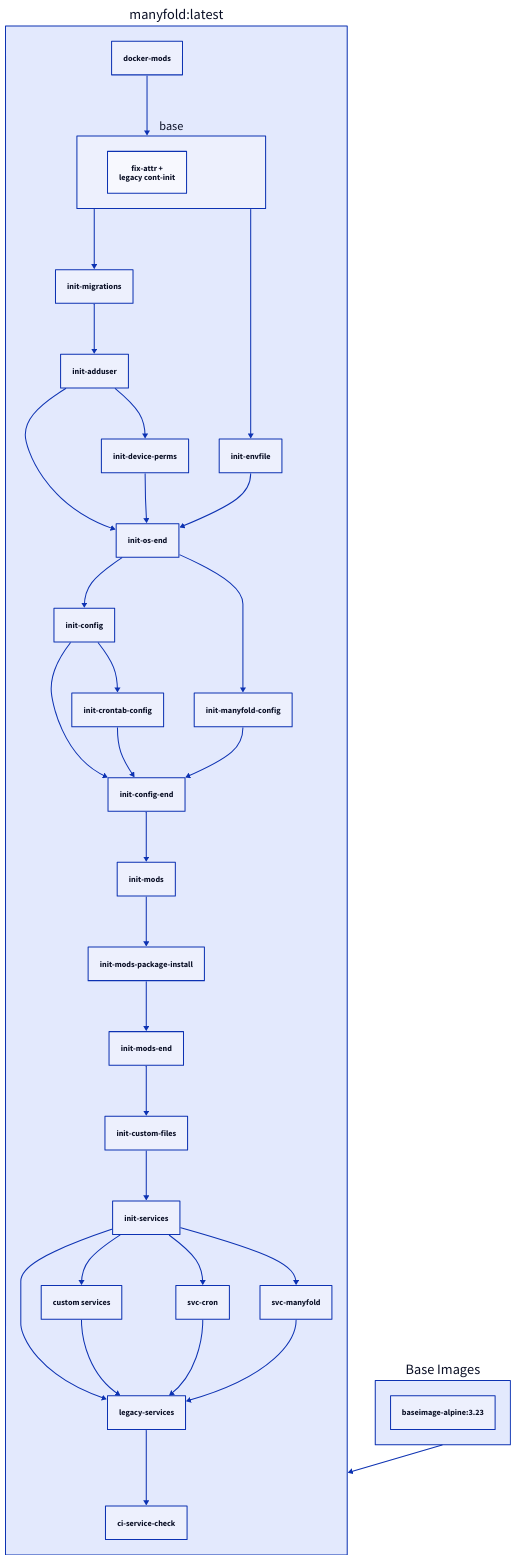
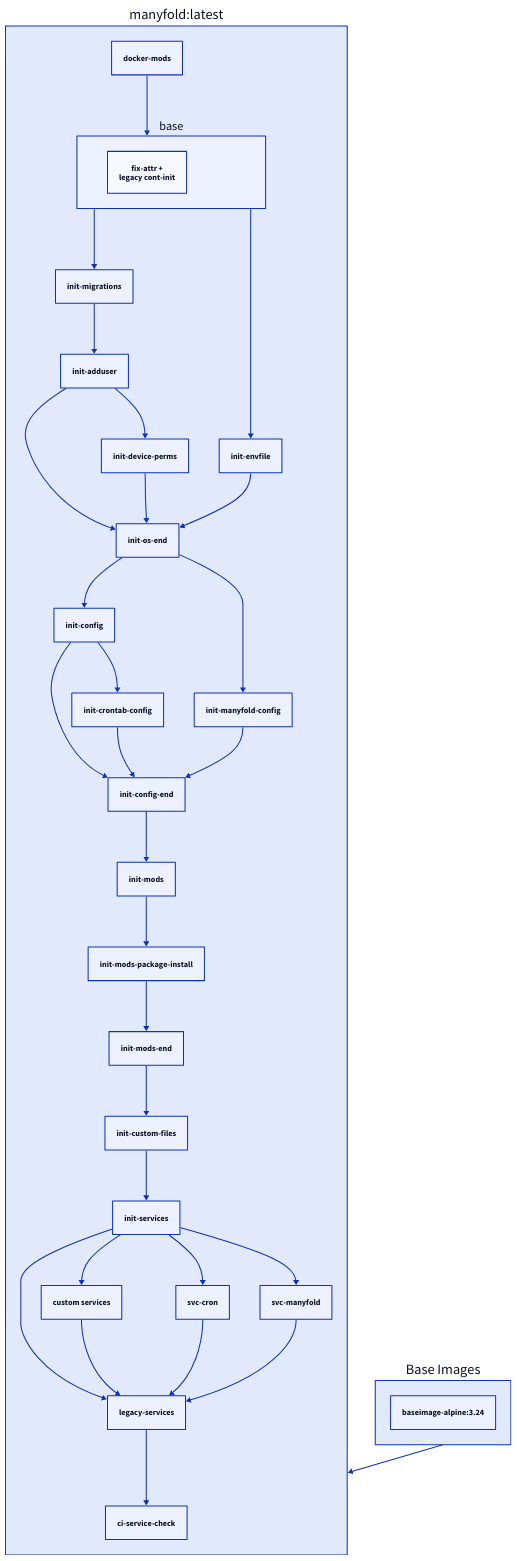
One commit to linuxserver/docker-documentation changed the diagram in docs/images/docker-manyfold.md. Above: the diagram before and after it, drawn with D2. The commit also changed other lines of this file, not shown here.

Commit message:
Bot Updating Documentation

````diff
--- a/docs/images/docker-manyfold.md
+++ b/docs/images/docker-manyfold.md
@@ -291,41 +291,41 @@
     ```d2
     "manyfold:latest": {
       docker-mods
       base {
         fix-attr +\nlegacy cont-init
       }
       docker-mods -> base
       legacy-services
       custom services
       init-services -> legacy-services
       init-services -> custom services
       custom services -> legacy-services
       legacy-services -> ci-service-check
       init-migrations -> init-adduser
       init-os-end -> init-config
       init-config -> init-config-end
       init-crontab-config -> init-config-end
       init-manyfold-config -> init-config-end
       init-config -> init-crontab-config
       init-mods-end -> init-custom-files
       init-adduser -> init-device-perms
       base -> init-envfile
       init-os-end -> init-manyfold-config
       base -> init-migrations
       init-config-end -> init-mods
       init-mods-package-install -> init-mods-end
       init-mods -> init-mods-package-install
       init-adduser -> init-os-end
       init-device-perms -> init-os-end
       init-envfile -> init-os-end
       init-custom-files -> init-services
       init-services -> svc-cron
       svc-cron -> legacy-services
       init-services -> svc-manyfold
       svc-manyfold -> legacy-services
     }
     Base Images: {
-      "baseimage-alpine:3.23"
+      "baseimage-alpine:3.24"
     }
     "manyfold:latest" <- Base Images
     ```
````
